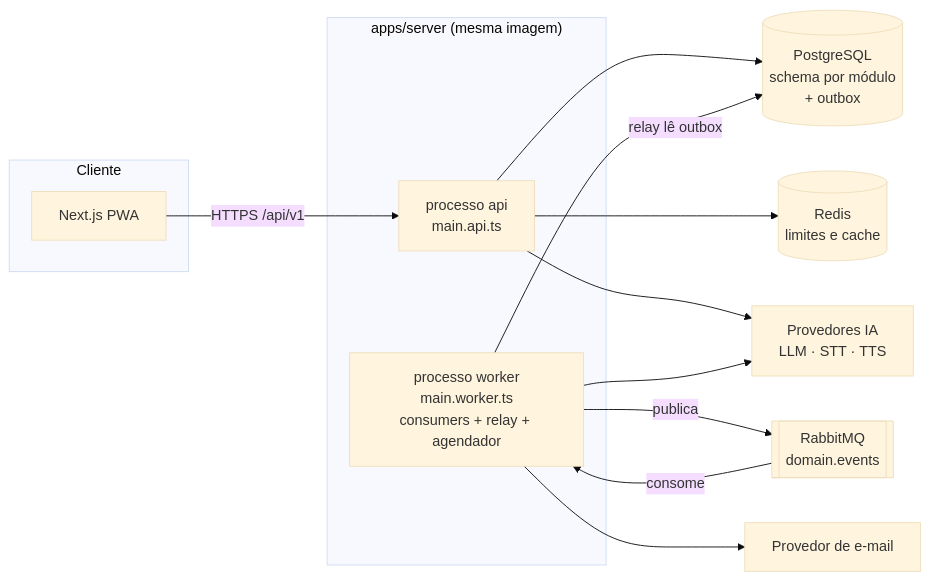
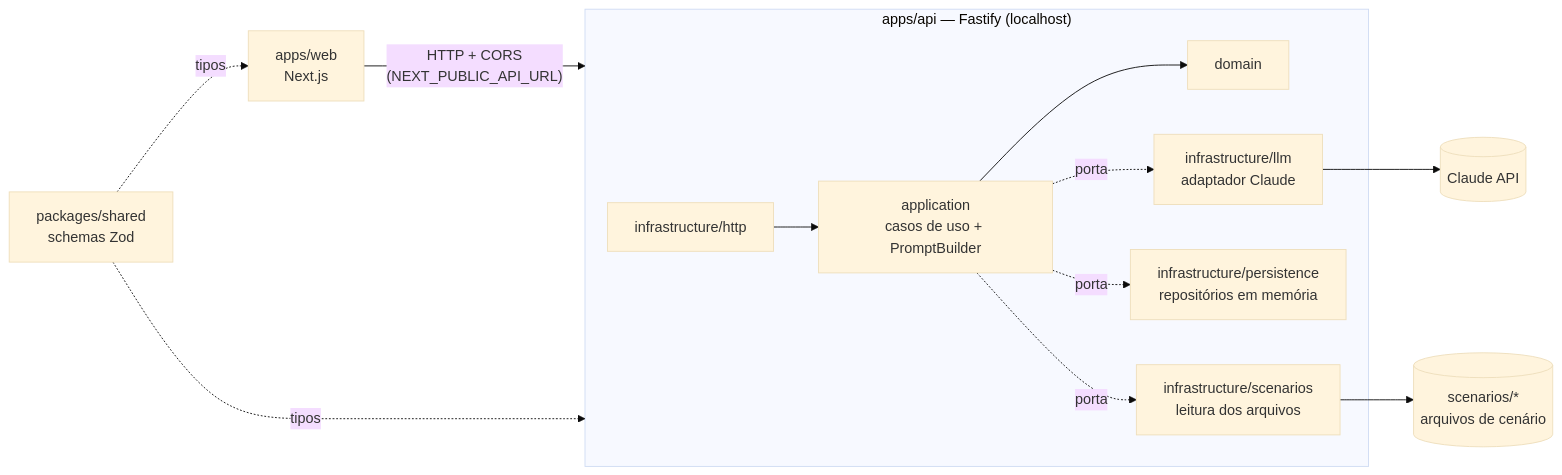
One commit to BielPimentaDev/languageApp changed the first of 3 diagrams in docs/architecture.md. Above: the diagram before and after it, drawn with Mermaid (base theme). The commit also changed other lines of this file and 57 other files, not shown here.

````diff
--- a/docs/architecture.md
+++ b/docs/architecture.md
@@ -60,25 +50,15 @@
 ```mermaid
 flowchart LR
-  subgraph Cliente
-    WEB[Next.js PWA]
+  WEB["apps/web<br/>Next.js"] -- "HTTP + CORS<br/>(NEXT_PUBLIC_API_URL)" --> API
+  subgraph API["apps/api — Fastify (localhost)"]
+    HTTP["infrastructure/http"] --> APP["application<br/>casos de uso + PromptBuilder"]
+    APP --> DOM["domain"]
+    APP -. porta .-> LLM["infrastructure/llm<br/>adaptador Claude"]
+    APP -. porta .-> MEM["infrastructure/persistence<br/>repositórios em memória"]
+    APP -. porta .-> SCN["infrastructure/scenarios<br/>leitura dos arquivos"]
   end
-  subgraph "apps/server (mesma imagem)"
-    API[processo api<br/>main.api.ts]
-    WRK[processo worker<br/>main.worker.ts<br/>consumers + relay + agendador]
-  end
-  PG[(PostgreSQL<br/>schema por módulo<br/>+ outbox)]
-  MQ[[RabbitMQ<br/>domain.events]]
-  RD[(Redis<br/>limites e cache)]
-  AI[Provedores IA<br/>LLM · STT · TTS]
-  MAIL[Provedor de e-mail]
-
-  WEB -- HTTPS /api/v1 --> API
-  API --> PG
-  API --> RD
-  API --> AI
-  WRK -- relay lê outbox --> PG
-  WRK -- publica --> MQ
-  MQ -- consome --> WRK
-  WRK --> AI
-  WRK --> MAIL
+  LLM --> CLAUDE[(Claude API)]
+  SCN --> FILES[("scenarios/*<br/>arquivos de cenário")]
+  SHARED["packages/shared<br/>schemas Zod"] -. tipos .-> WEB
+  SHARED -. tipos .-> API
 ```
````
